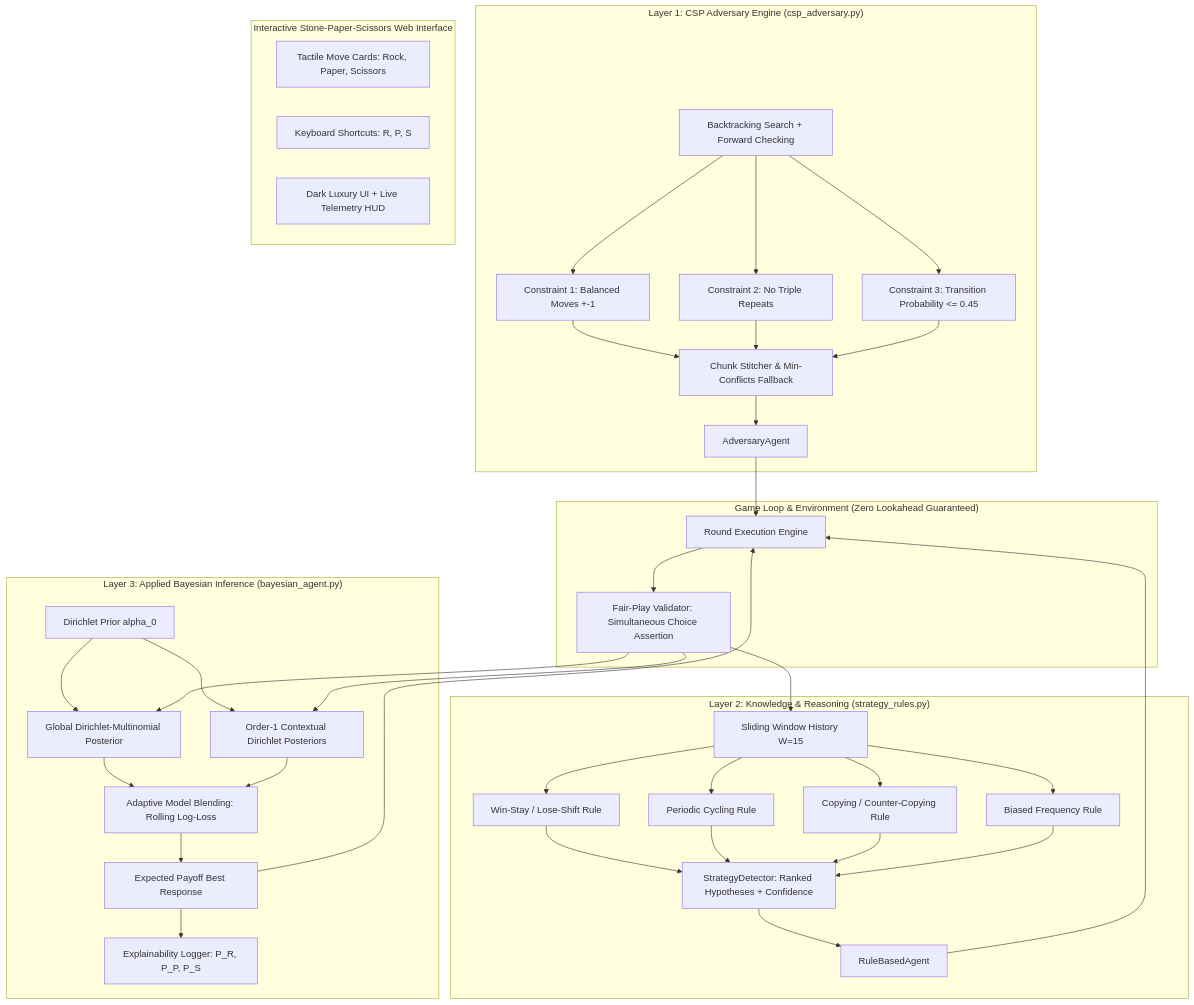
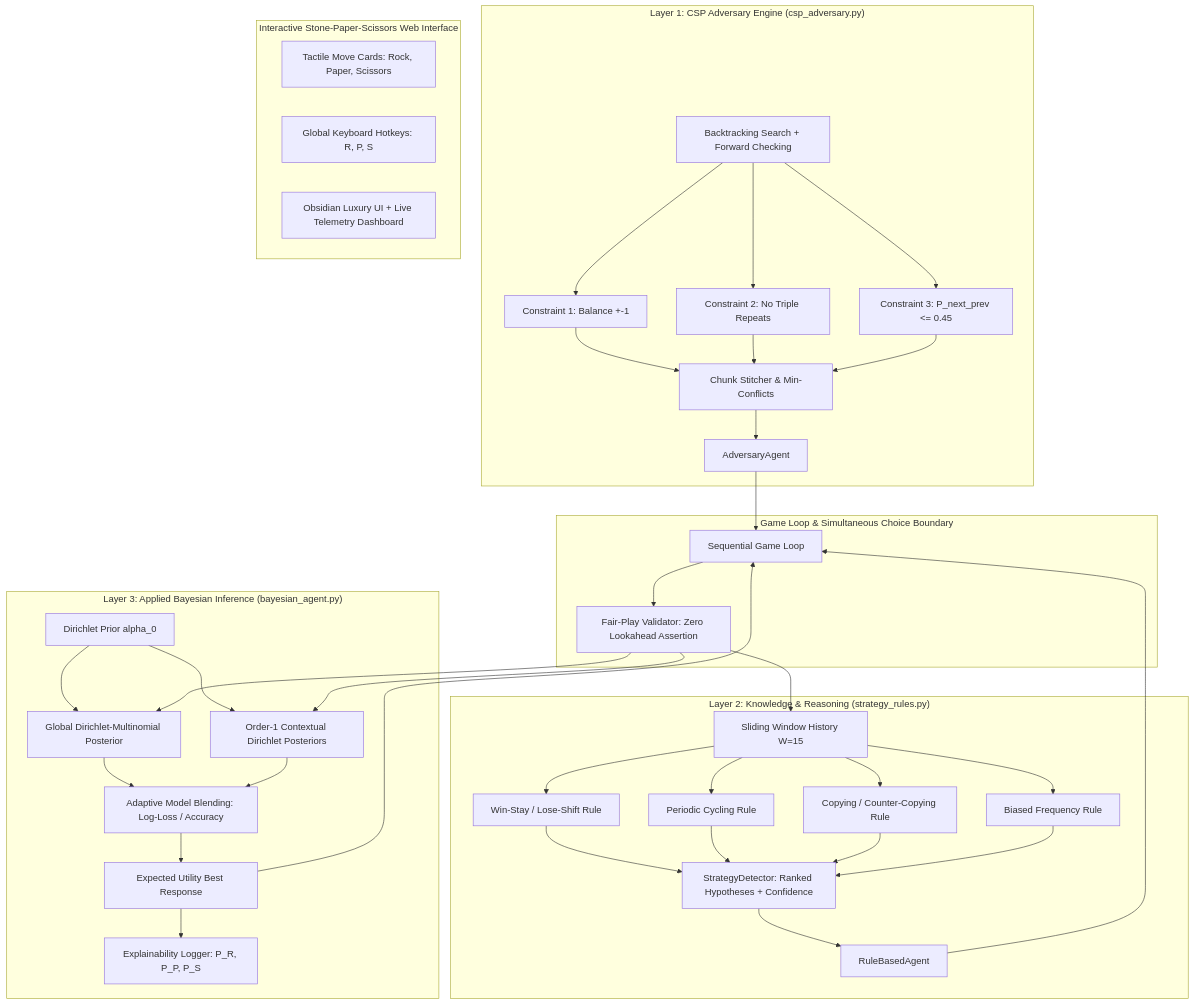
One commit to mrityunjayspidy-sys/Rock_Paper_scissor changed the diagram in README.md. Above: the diagram before and after it, drawn with Mermaid. The commit also changed other lines of this file, not shown here.

````diff
--- a/README.md
+++ b/README.md
@@ -42,52 +178,51 @@
 ```mermaid
 graph TD
-    subgraph Environment ["Game Loop & Environment (Zero Lookahead Guaranteed)"]
-        GL[Round Execution Engine]
-        VAL[Fair-Play Validator: Simultaneous Choice Assertion]
+    subgraph Environment ["Game Loop & Simultaneous Choice Boundary"]
+        GL[Sequential Game Loop]
+        VAL[Fair-Play Validator: Zero Lookahead Assertion]
     end
 
     subgraph Layer1 ["Layer 1: CSP Adversary Engine (csp_adversary.py)"]
         CSP_GEN[Backtracking Search + Forward Checking]
-        CONSTR1[Constraint 1: Balanced Moves +-1]
-        CONSTR2[Constraint 2: No Triple Repeats]
-        CONSTR3[Constraint 3: Transition Probability <= 0.45]
-        STITCH[Chunk Stitcher & Min-Conflicts Fallback]
-        ADV_AGENT[AdversaryAgent]
-        CSP_GEN --> CONSTR1 & CONSTR2 & CONSTR3 --> STITCH --> ADV_AGENT
+        C1[Constraint 1: Balance +-1]
+        C2[Constraint 2: No Triple Repeats]
+        C3[Constraint 3: P_next_prev <= 0.45]
+        STITCH[Chunk Stitcher & Min-Conflicts]
+        ADV[AdversaryAgent]
+        CSP_GEN --> C1 & C2 & C3 --> STITCH --> ADV
     end
 
     subgraph Layer2 ["Layer 2: Knowledge & Reasoning (strategy_rules.py)"]
-        HIST_WIN[Sliding Window History W=15]
+        HIST[Sliding Window History W=15]
         R_WSLS[Win-Stay / Lose-Shift Rule]
         R_CYC[Periodic Cycling Rule]
         R_COP[Copying / Counter-Copying Rule]
         R_BIAS[Biased Frequency Rule]
-        DETECTOR[StrategyDetector: Ranked Hypotheses + Confidence]
+        DET[StrategyDetector: Ranked Hypotheses + Confidence]
         RULE_AGENT[RuleBasedAgent]
-        HIST_WIN --> R_WSLS & R_CYC & R_COP & R_BIAS --> DETECTOR --> RULE_AGENT
+        HIST --> R_WSLS & R_CYC & R_COP & R_BIAS --> DET --> RULE_AGENT
     end
 
     subgraph Layer3 ["Layer 3: Applied Bayesian Inference (bayesian_agent.py)"]
         PRIOR[Dirichlet Prior alpha_0]
         GLOBAL_POST[Global Dirichlet-Multinomial Posterior]
         MARKOV_POST[Order-1 Contextual Dirichlet Posteriors]
-        BLEND[Adaptive Model Blending: Rolling Log-Loss]
-        EXP_UTIL[Expected Payoff Best Response]
+        BLEND[Adaptive Model Blending: Log-Loss / Accuracy]
+        EXP_UTIL[Expected Utility Best Response]
         EXPLAIN[Explainability Logger: P_R, P_P, P_S]
-        PRIOR --> GLOBAL_POST & MARKOV_POST --> BLEND --> EXP_UTIL
-        EXP_UTIL --> EXPLAIN
+        PRIOR --> GLOBAL_POST & MARKOV_POST --> BLEND --> EXP_UTIL --> EXPLAIN
     end
 
     subgraph Interface ["Interactive Stone-Paper-Scissors Web Interface"]
-        CARD[Tactile Move Cards: Rock, Paper, Scissors]
-        HOTKEY[Keyboard Shortcuts: R, P, S]
-        HUD[Dark Luxury UI + Live Telemetry HUD]
+        CARDS[Tactile Move Cards: Rock, Paper, Scissors]
+        KEYS[Global Keyboard Hotkeys: R, P, S]
+        HUD[Obsidian Luxury UI + Live Telemetry Dashboard]
     end
 
-    ADV_AGENT --> GL
+    ADV --> GL
     RULE_AGENT --> GL
     EXP_UTIL --> GL
     GL --> VAL
-    VAL --> HIST_WIN
+    VAL --> HIST
     VAL --> GLOBAL_POST & MARKOV_POST
 ```
````
